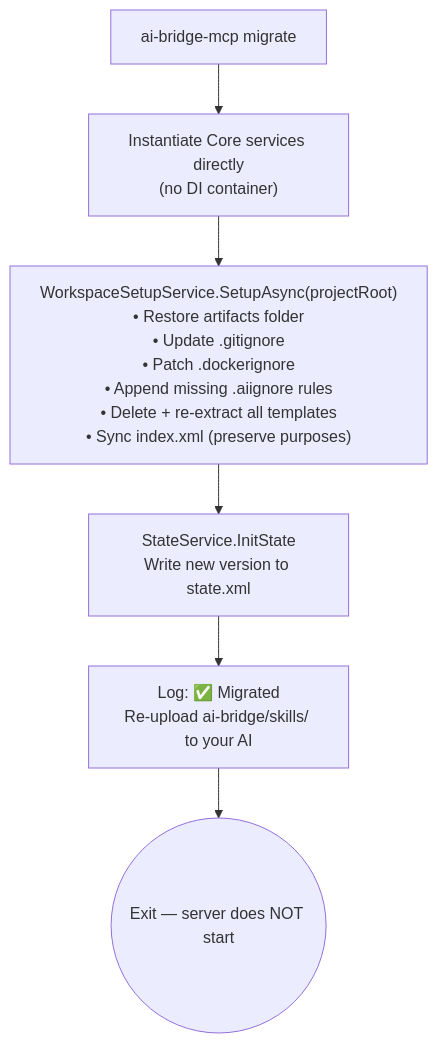
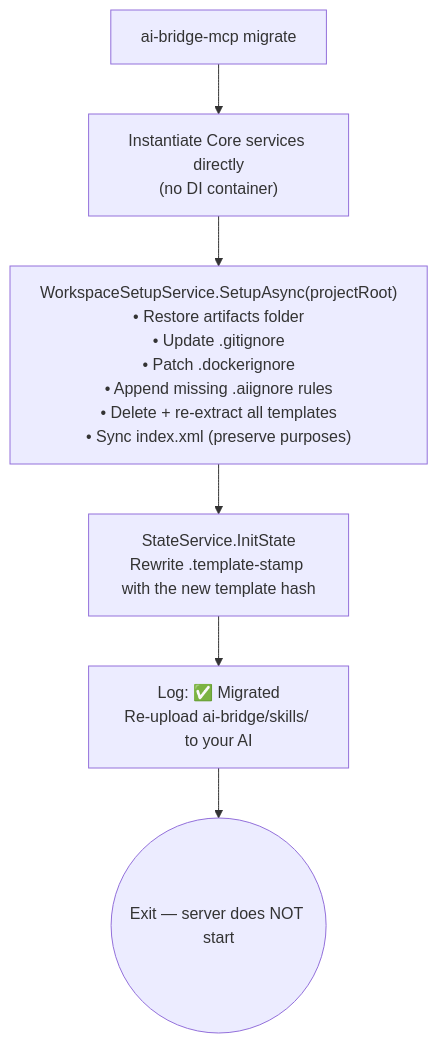
The fourth of 4 diagrams in workflows/MCP.md (arpanvgm/ai-bridge), drawn with Mermaid before and after one commit. The commit also changed other lines of this file and 14 other files, not shown here.

```diff
--- a/workflows/MCP.md
+++ b/workflows/MCP.md
@@ -94,9 +107,9 @@
 ~~~mermaid
 flowchart TD
     Start["ai-bridge-mcp migrate"]
     Start --> Services["Instantiate Core services directly\n(no DI container)"]
     Services --> Setup["WorkspaceSetupService.SetupAsync(projectRoot)\n• Restore artifacts folder\n• Update .gitignore\n• Patch .dockerignore\n• Append missing .aiignore rules\n• Delete + re-extract all templates\n• Sync index.xml (preserve purposes)"]
-    Setup --> Stamp["StateService.InitState\nWrite new version to state.xml"]
+    Setup --> Stamp["StateService.InitState\nRewrite .template-stamp with the new template hash"]
     Stamp --> Log["Log: ✅ Migrated\nRe-upload ai-bridge/skills/ to your AI"]
     Log --> Exit(("Exit — server does NOT start"))
 ~~~
```
